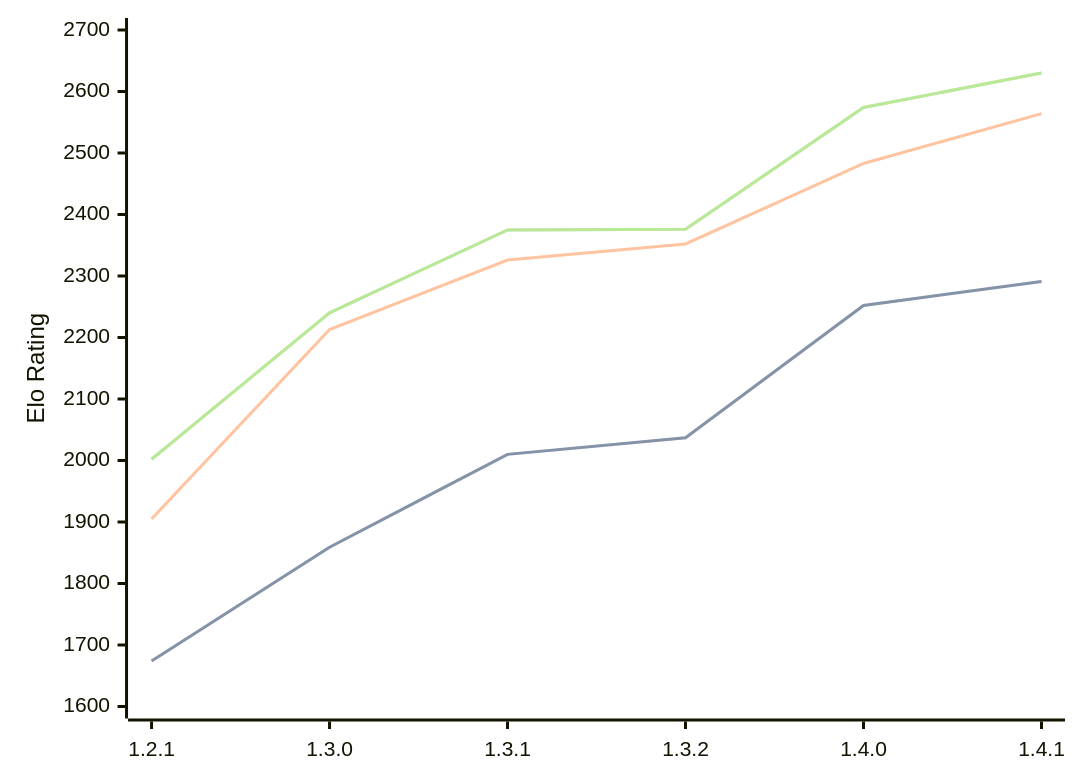
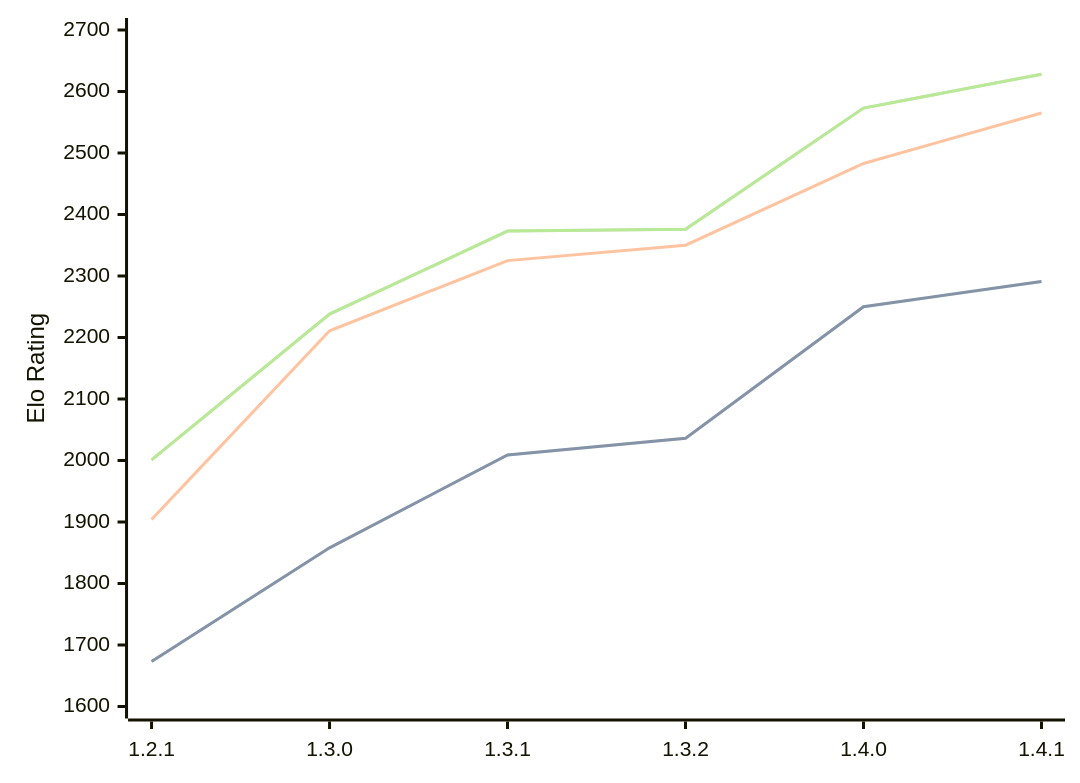
Before and after one commit to computer-chess-index/cci: the third of 3 diagrams in engines/Chal.md, drawn with Mermaid. The commit also changed other lines of this file, not shown here.

Commit message:
Update CCI Ratings (ELO VLTC) - 2026-06-27

````diff
--- a/engines/Chal.md
+++ b/engines/Chal.md
@@ -72,11 +72,11 @@
 ```mermaid
 %%{init: {"theme":"base","themeVariables":{"seriesColors:['#a3a3a3','#222221','#faa371']}}}%%
 xychart-beta
   x-axis ["1.2.1", "1.3.0", "1.3.1", "1.3.2", "1.4.0", "1.4.1"]
   y-axis "Elo Rating" 1600 --> 2700
-  line "STC (8.0+0.08s)" [1674, 1859, 2010, 2037, 2252, 2291]
-  line "STC (8.0+0.08s)" [1674, 1859, 2010, 2037, 2252, 2291]
-  line "LTC (60.0+0.60s)" [1905, 2213, 2326, 2352, 2483, 2564]
-  line "VLTC (2m24s+1.12s)" [2002, 2240, 2375, 2376, 2574, 2630]
-  line "VLTC (2m24s+1.12s)" [2002, 2240, 2375, 2376, 2574, 2630]
+  line "STC (8.0+0.08s)" [1673, 1858, 2009, 2036, 2250, 2291]
+  line "STC (8.0+0.08s)" [1673, 1858, 2009, 2036, 2250, 2291]
+  line "LTC (60.0+0.60s)" [1904, 2211, 2325, 2350, 2483, 2565]
+  line "VLTC (2m24s+1.12s)" [2001, 2238, 2373, 2376, 2573, 2628]
+  line "VLTC (2m24s+1.12s)" [2001, 2238, 2373, 2376, 2573, 2628]
 ```
````
